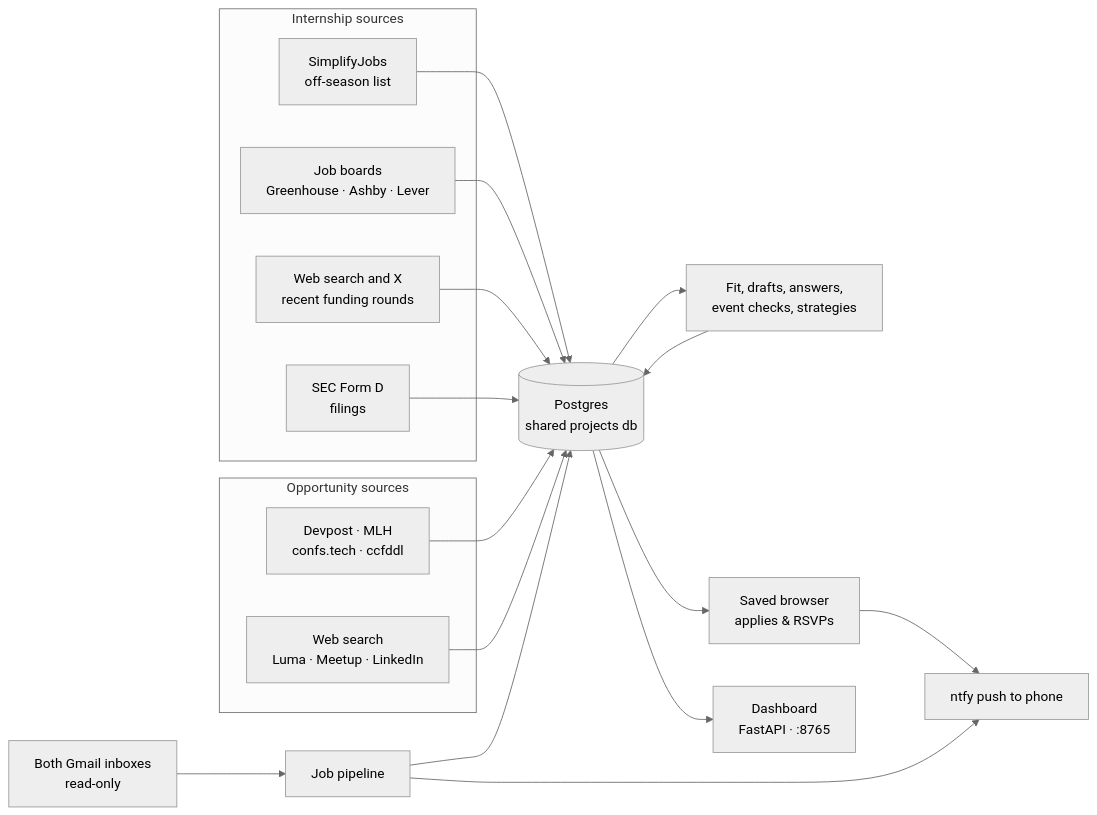
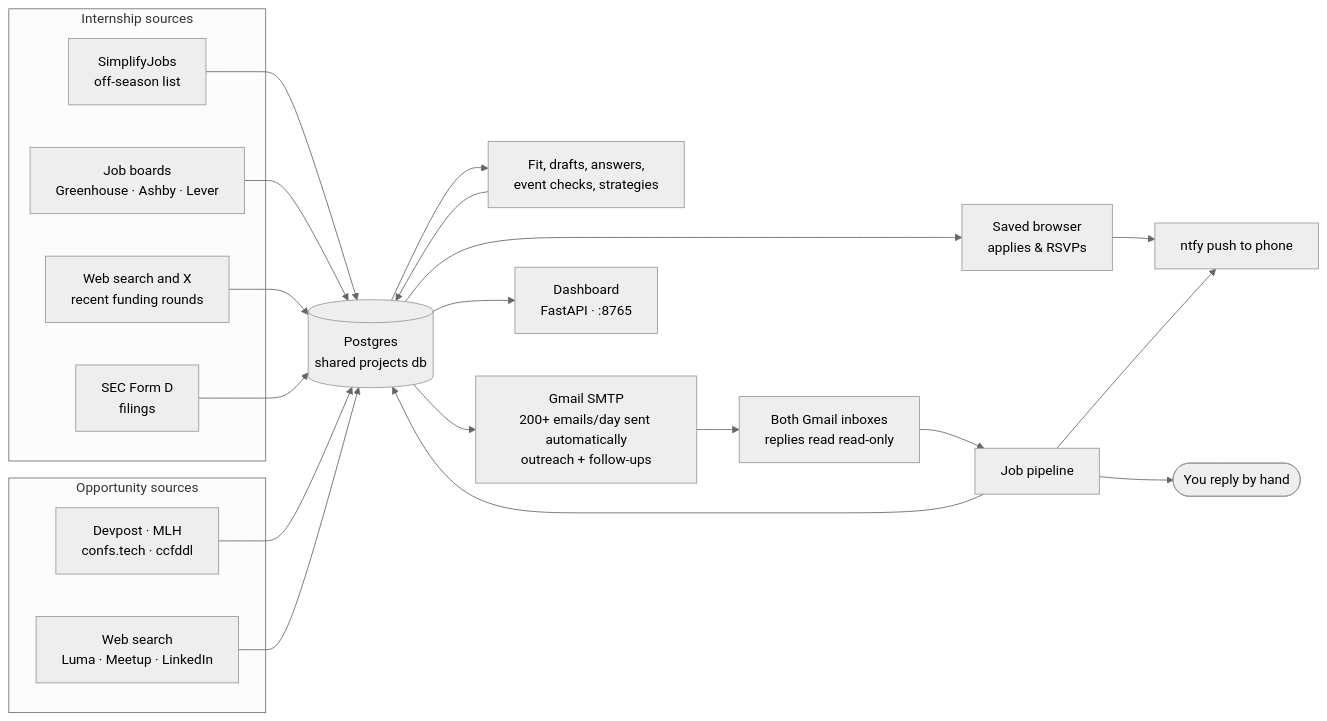
One commit to aaravhmodi/intern-agent changed the second of 3 diagrams in README.md. Above: the diagram before and after it, drawn with Mermaid (neutral theme). The commit also changed other lines of this file, not shown here.

Commit message:
README: 200+ emails a day sent autonomously, then manual once someone replies

````diff
--- a/README.md
+++ b/README.md
@@ -140,21 +150,24 @@
 ```mermaid
 flowchart LR
   subgraph Internship sources
     SIM[SimplifyJobs<br/>off-season list]
     BOARDS[Job boards<br/>Greenhouse · Ashby · Lever]
     WEB[Web search and X<br/>recent funding rounds]
     FORMD[SEC Form D<br/>filings]
   end
   subgraph Opportunity sources
     FEEDS[Devpost · MLH<br/>confs.tech · ccfddl]
     EVENTS[Web search<br/>Luma · Meetup · LinkedIn]
   end
   SIM & BOARDS & WEB & FORMD & FEEDS & EVENTS --> STORE[(Postgres<br/>shared projects db)]
   STORE --> AI[Fit, drafts, answers,<br/>event checks, strategies]
   AI --> STORE
   STORE --> BROWSER[Saved browser<br/>applies & RSVPs]
-  GMAIL[Both Gmail inboxes<br/>read-only] --> PIPE[Job pipeline]
+  STORE --> SEND[Gmail SMTP<br/>200+ emails/day sent automatically<br/>outreach + follow-ups]
+  SEND --> GMAIL
+  GMAIL[Both Gmail inboxes<br/>replies read read-only] --> PIPE[Job pipeline]
+  PIPE --> YOU2([You reply by hand])
   PIPE --> STORE
   STORE --> DASH[Dashboard<br/>FastAPI · :8765]
   BROWSER & PIPE --> NTFY[ntfy push to phone]
 ```
````
